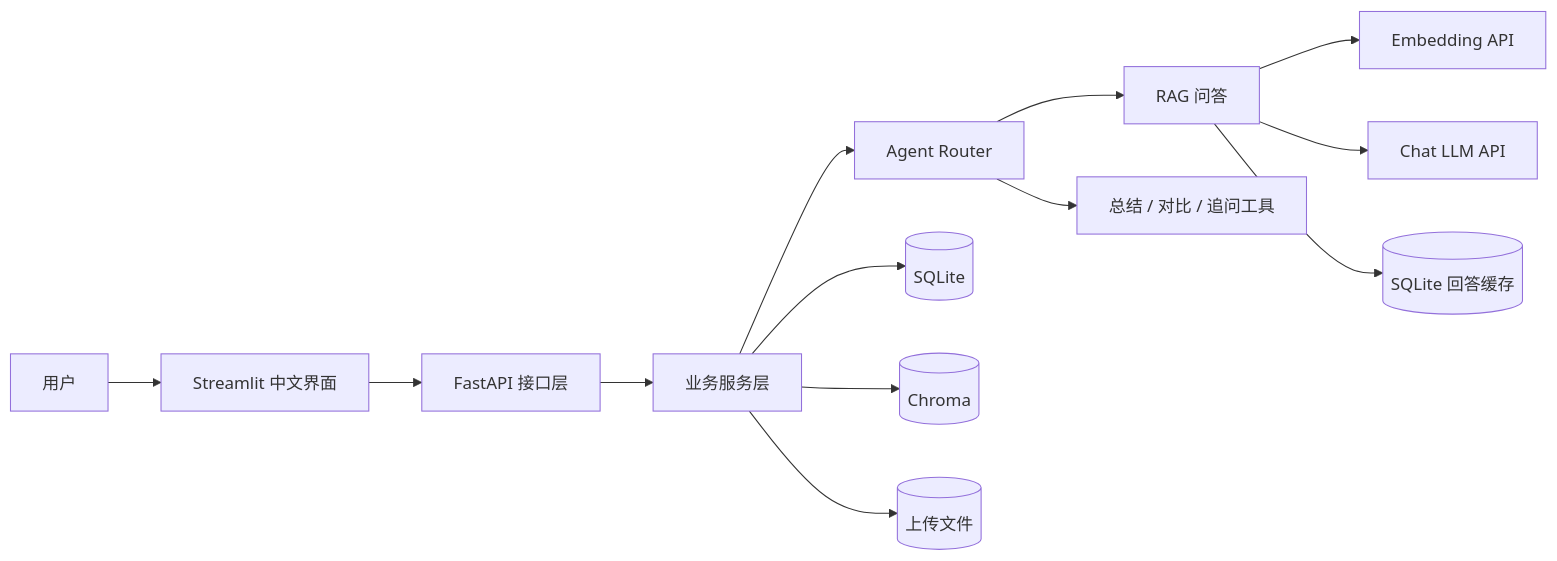
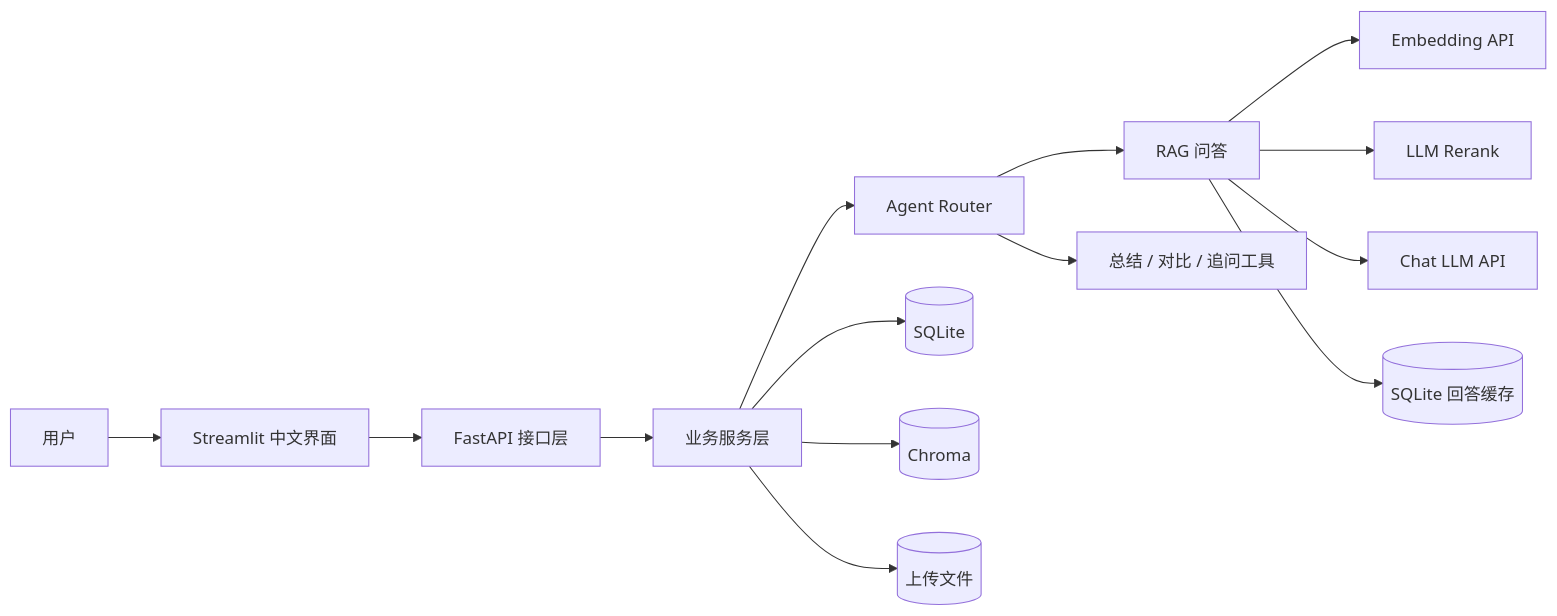
Before and after one commit to dejin-chen/knowflow-ai: the diagram in README.md, drawn with Mermaid. The commit also changed other lines of this file and 27 other files, not shown here.

Commit message:
feat: 升级 LLM Rerank 并完成百题评测

````diff
--- a/README.md
+++ b/README.md
@@ -37,15 +37,16 @@
 ```mermaid
 flowchart LR
     U["用户"] --> UI["Streamlit 中文界面"]
     UI --> API["FastAPI 接口层"]
     API --> S["业务服务层"]
     S --> AR["Agent Router"]
     AR --> RAG["RAG 问答"]
     AR --> DT["总结 / 对比 / 追问工具"]
     RAG --> EMB["Embedding API"]
+    RAG --> RR["LLM Rerank"]
     RAG --> LLM["Chat LLM API"]
     RAG --> CACHE[("SQLite 回答缓存")]
     S --> DB[("SQLite")]
     S --> VS[("Chroma")]
     S --> FS[("上传文件")]
 ```
````
